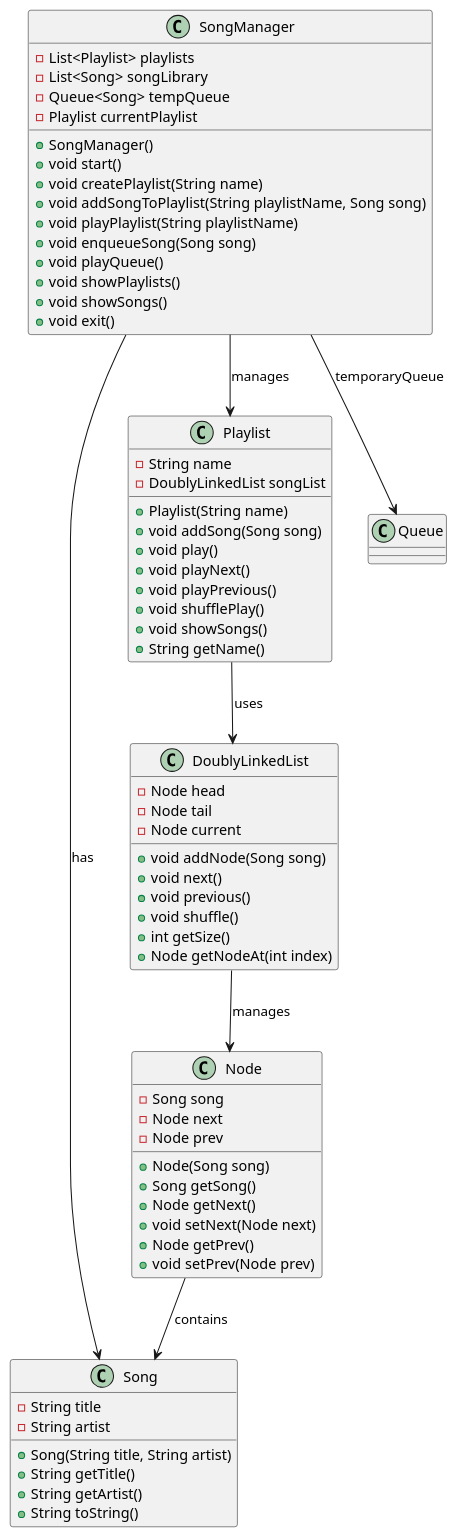
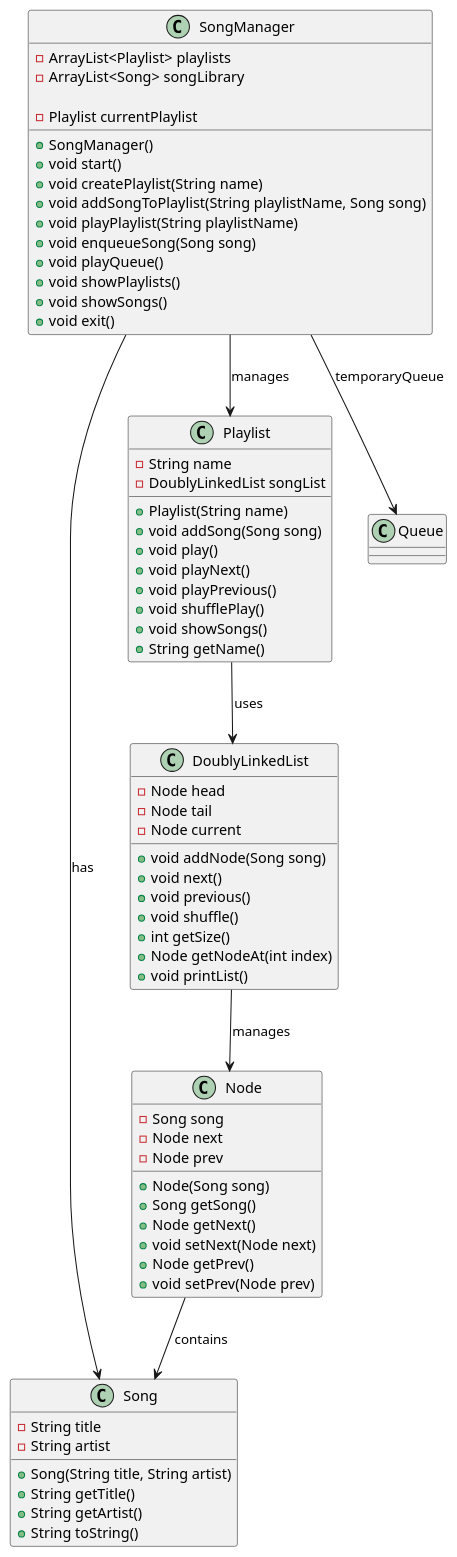
One commit to khalxdb/Java-Group-Assigment changed the diagram in doc/umldiagram.puml. Above: the diagram before and after it, drawn with PlantUML. The commit also changed 8 other files, not shown here.

```diff
--- a/doc/umldiagram.puml
+++ b/doc/umldiagram.puml
@@ -1,79 +1,80 @@
 @startuml
 
 ' Define the Song class
 class Song {
     - String title
     - String artist
     + Song(String title, String artist)
     + String getTitle()
     + String getArtist()
     + String toString()
 }
 
 ' Define the Node class
 class Node {
     - Song song
     - Node next
     - Node prev
     + Node(Song song)
     + Song getSong()
     + Node getNext()
     + void setNext(Node next)
     + Node getPrev()
     + void setPrev(Node prev)
 }
 
 ' Define the DoublyLinkedList class
 class DoublyLinkedList {
     - Node head
     - Node tail
     - Node current
     + void addNode(Song song)
     + void next()
     + void previous()
     + void shuffle()
     + int getSize()
     + Node getNodeAt(int index)
+    + void printList()
 }
 
 ' Define the Playlist class
 class Playlist {
     - String name
     - DoublyLinkedList songList
     + Playlist(String name)
     + void addSong(Song song)
     + void play()
     + void playNext()
     + void playPrevious()
     + void shufflePlay()
     + void showSongs()
     + String getName()
 }
 
 ' Define the SongManager class
 class SongManager {
-    - List<Playlist> playlists
-    - List<Song> songLibrary
-    - Queue<Song> tempQueue
+    - ArrayList<Playlist> playlists
+    - ArrayList<Song> songLibrary
+
     - Playlist currentPlaylist
     + SongManager()
     + void start()
     + void createPlaylist(String name)
     + void addSongToPlaylist(String playlistName, Song song)
     + void playPlaylist(String playlistName)
     + void enqueueSong(Song song)
     + void playQueue()
     + void showPlaylists()
     + void showSongs()
     + void exit()
 }
 
 ' Relationships between classes
 Node --> Song : contains
 DoublyLinkedList --> Node : manages
 Playlist --> DoublyLinkedList : uses
 SongManager --> Playlist : manages
 SongManager --> Song : has
 SongManager --> Queue : temporaryQueue
 
 @enduml
```
